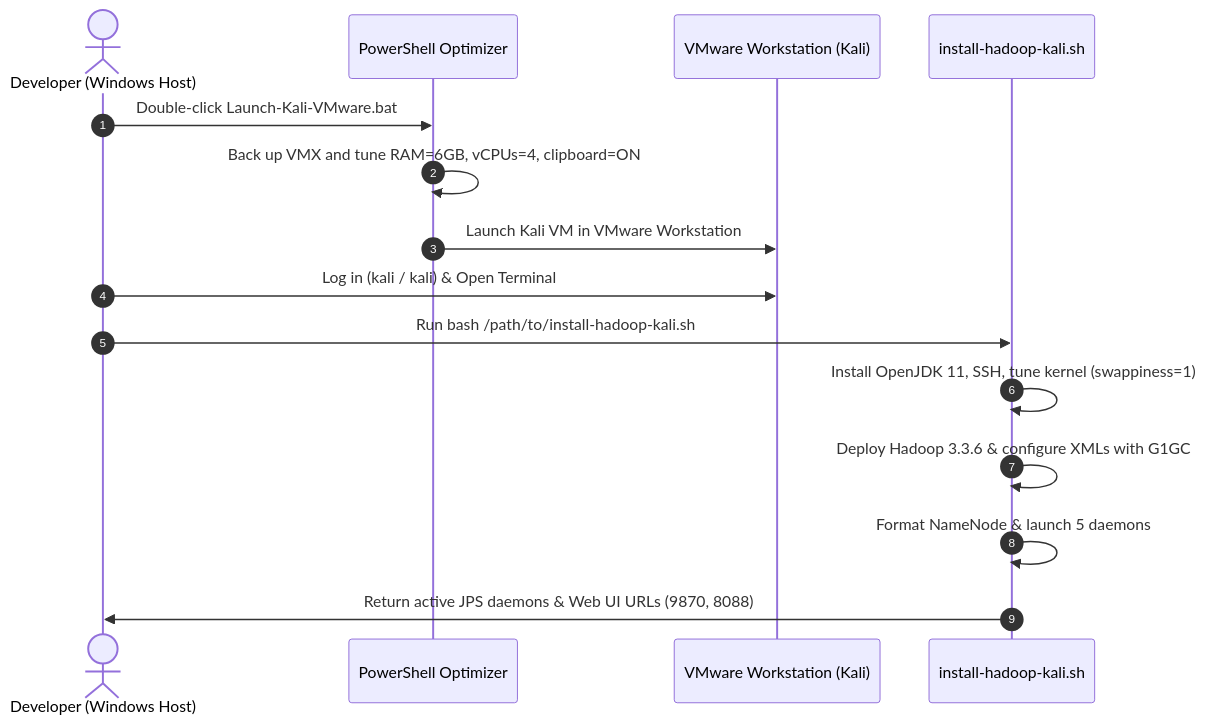
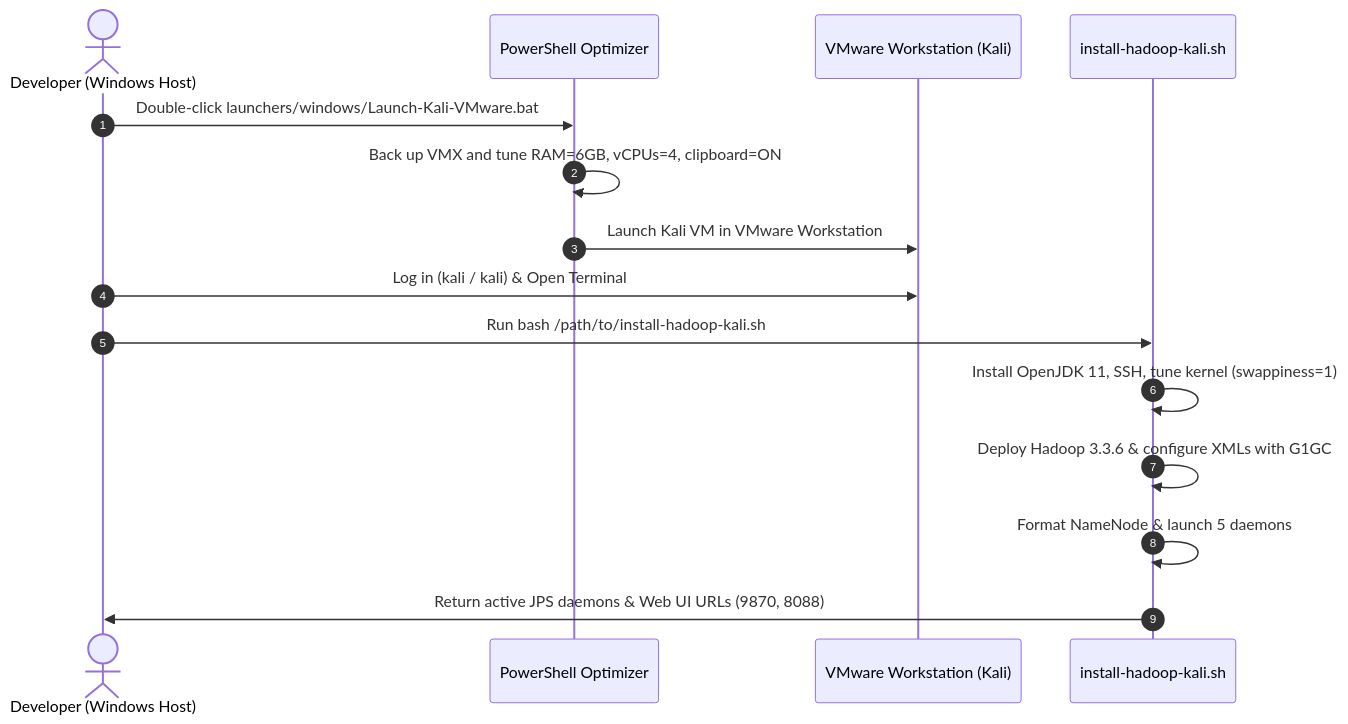
One commit to Sohila-Khaled-Abbas/docker-hadoop changed the second of 2 diagrams in docs/kali-vmware-hadoop-guide.md. Above: the diagram before and after it, drawn with Mermaid. The commit also changed other lines of this file and 18 other files, not shown here.

Commit message:
refactor: clean up root noise, add launchers/scripts catalogs, and modernize system architecture diagram (SVG & HD PNG)

````diff
--- a/docs/kali-vmware-hadoop-guide.md
+++ b/docs/kali-vmware-hadoop-guide.md
@@ -82,18 +82,18 @@
 ```mermaid
 sequenceDiagram
     autonumber
     actor Dev as Developer (Windows Host)
     participant PS as PowerShell Optimizer
     participant VM as VMware Workstation (Kali)
     participant Script as install-hadoop-kali.sh
 
-    Dev->>PS: Double-click Launch-Kali-VMware.bat
+    Dev->>PS: Double-click launchers/windows/Launch-Kali-VMware.bat
     PS->>PS: Back up VMX and tune RAM=6GB, vCPUs=4, clipboard=ON
     PS->>VM: Launch Kali VM in VMware Workstation
     Dev->>VM: Log in (kali / kali) & Open Terminal
     Dev->>Script: Run bash /path/to/install-hadoop-kali.sh
     Script->>Script: Install OpenJDK 11, SSH, tune kernel (swappiness=1)
     Script->>Script: Deploy Hadoop 3.3.6 & configure XMLs with G1GC
     Script->>Script: Format NameNode & launch 5 daemons
     Script->>Dev: Return active JPS daemons & Web UI URLs (9870, 8088)
 ```
````
